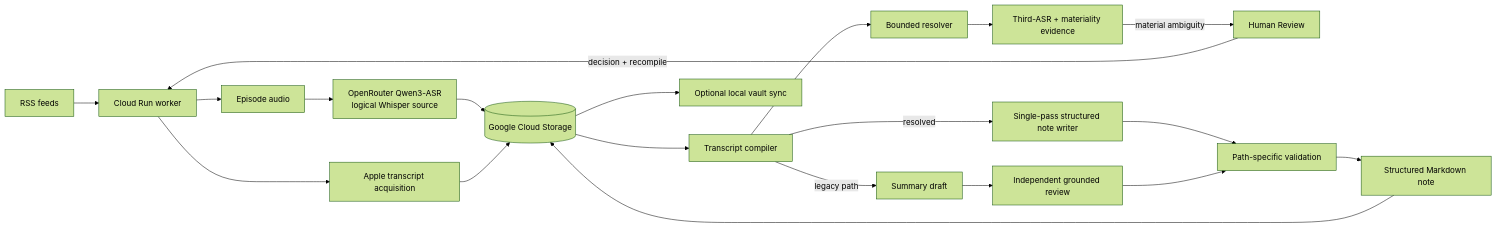
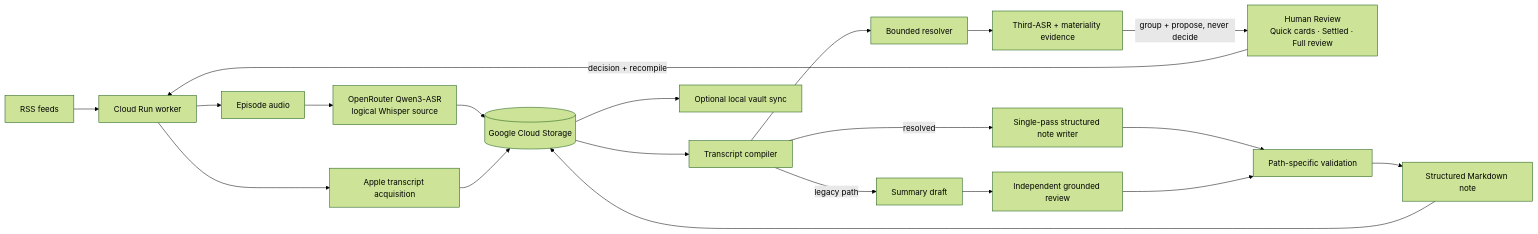
Before and after one commit to wintersyntax/podcast-automation: the diagram in README.md, drawn with Mermaid (forest theme). The commit also changed 1 other file, not shown here.

Commit message:
Clarify Human Review authority in Mermaid

````diff
--- a/README.md
+++ b/README.md
@@ -49,26 +49,26 @@
 ```mermaid
 flowchart LR
     RSS[RSS feeds] --> Worker[Cloud Run worker]
     Worker --> Audio[Episode audio]
     Audio --> Whisper["OpenRouter Qwen3-ASR<br/>logical Whisper source"]
     Worker --> Apple[Apple transcript acquisition]
 
     Whisper --> GCS[(Google Cloud Storage)]
     Apple --> GCS
 
     GCS --> Compiler[Transcript compiler]
     Compiler --> Resolver[Bounded resolver]
     Resolver --> Evidence[Third-ASR + materiality evidence]
 
-    Evidence -->|material ambiguity| Review[Human Review]
+    Evidence -->|group + propose, never decide| Review["Human Review<br/>Quick cards · Settled · Full review"]
     Review -->|decision + recompile| Worker
 
     Compiler -->|resolved| Writer[Single-pass structured note writer]
     Writer --> Checks[Path-specific validation]
     Compiler -->|legacy path| Draft[Summary draft]
     Draft --> SummaryReview[Independent grounded review]
     SummaryReview --> Checks
     Checks --> Note[Structured Markdown note]
     Note --> GCS
     GCS --> Sync[Optional local vault sync]
 ```
````
